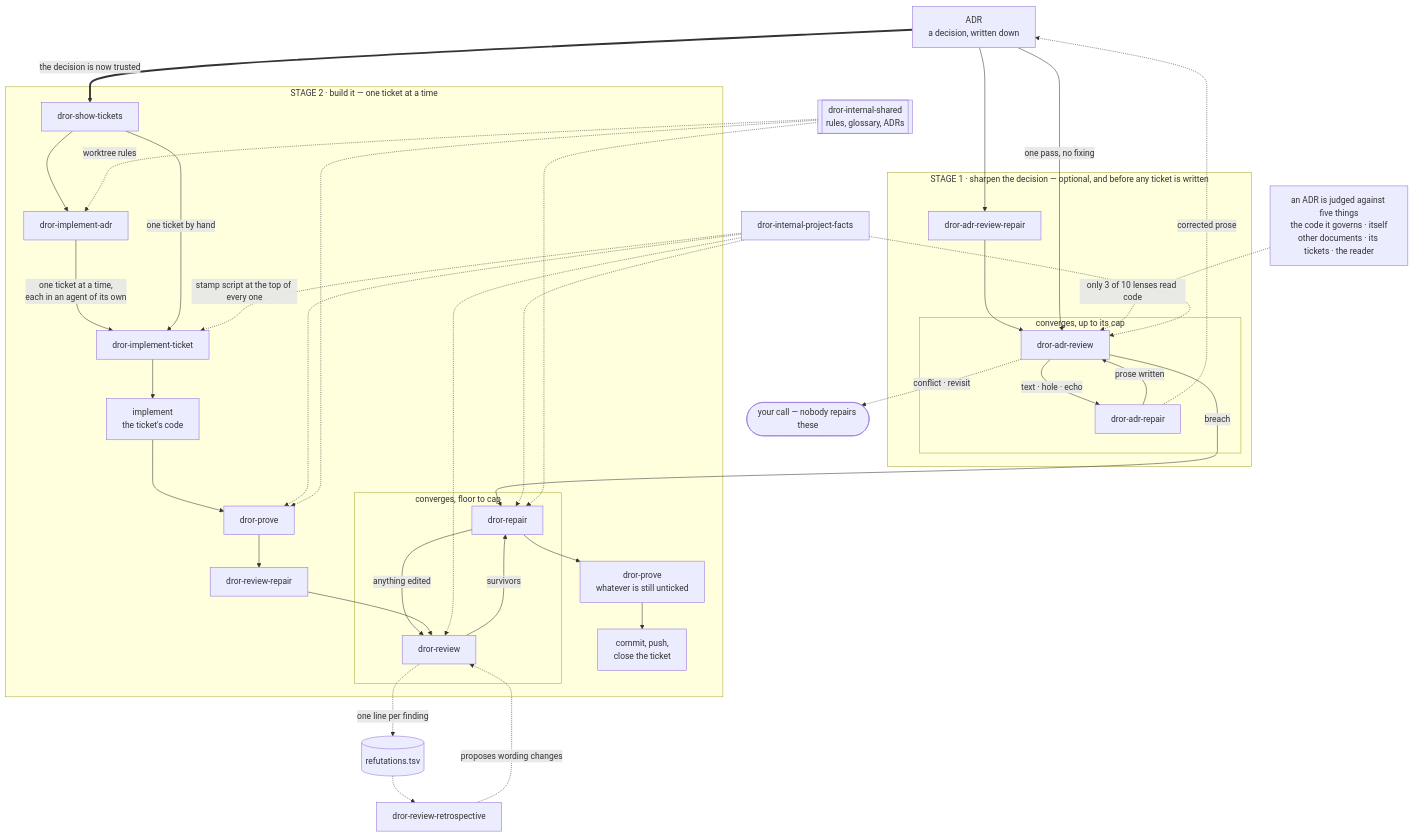
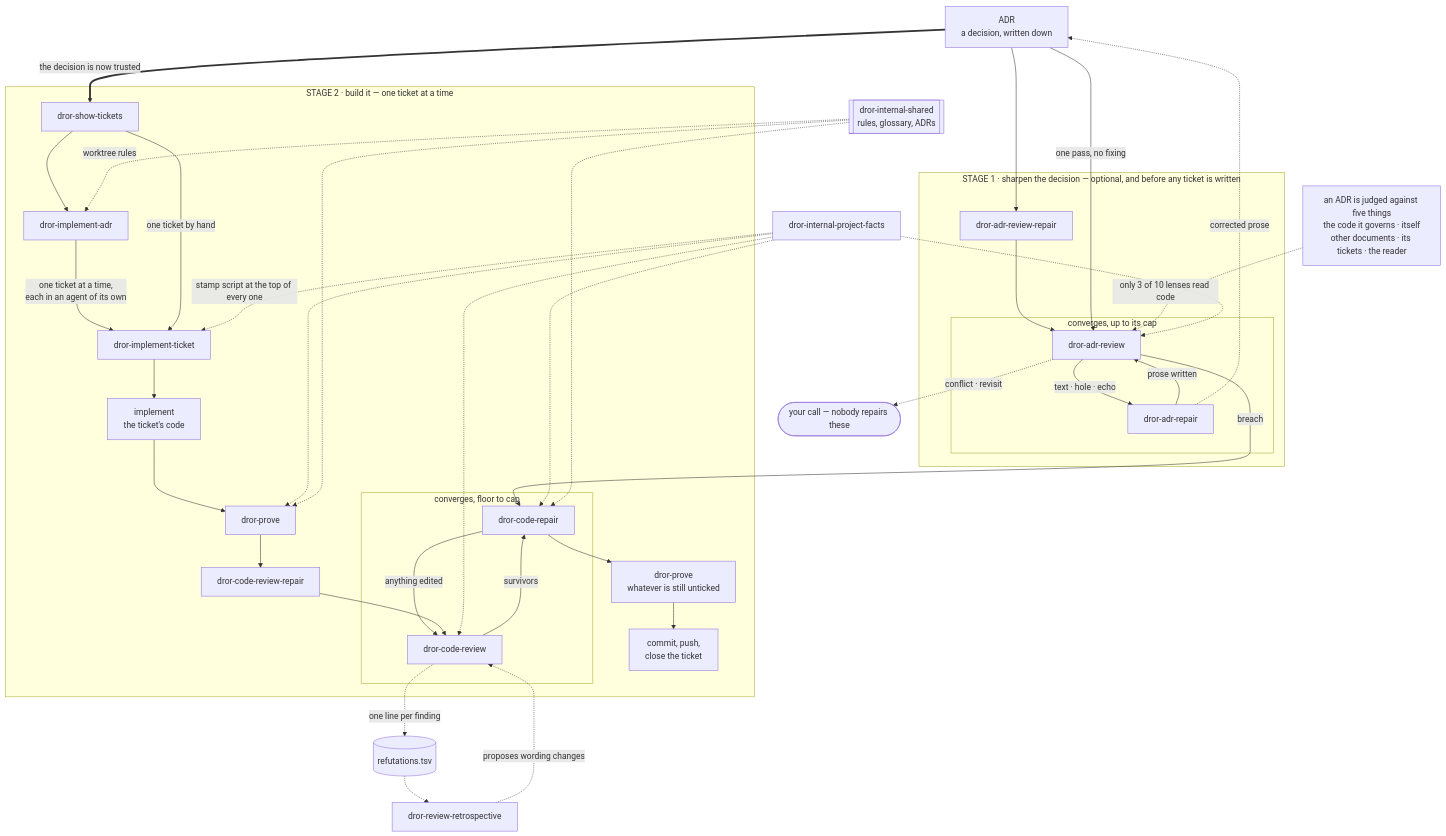
One commit to drormeir/dror-skills changed the diagram in STRUCTURE.md. Above: the diagram before and after it, drawn with Mermaid. The commit also changed other lines of this file and 55 other files, not shown here.

First line of the commit message:
The review and repair skills carry code in their names

````diff
--- a/STRUCTURE.md
+++ b/STRUCTURE.md
@@ -73,62 +73,62 @@
 ```mermaid
 flowchart TD
     ADR["ADR<br/>a decision, written down"]
 
     subgraph sharpen ["STAGE 1 · sharpen the decision — optional, and before any ticket is written"]
         ARR[dror-adr-review-repair]
 
         subgraph adrloop ["converges, up to its cap"]
             AR[dror-adr-review] -->|"text · hole · echo"| ARP[dror-adr-repair]
             ARP -->|prose written| AR
         end
 
         ARR --> AR
     end
 
     ADR --> ARR
     ADR -->|"one pass, no fixing"| AR
     ARP -.->|corrected prose| ADR
 
     AXES["an ADR is judged against five things<br/>the code it governs · itself<br/>other documents · its tickets · the reader"]
     AXES -.->|only 3 of 10 lenses read code| AR
 
     AR -.->|"conflict · revisit"| YOU(["your call — nobody repairs these"])
 
     subgraph build ["STAGE 2 · build it — one ticket at a time"]
         ST[dror-show-tickets] --> IA[dror-implement-adr]
         IA -->|"one ticket at a time,<br/>each in an agent of its own"| IT[dror-implement-ticket]
         ST -->|one ticket by hand| IT
 
         IT --> IMPL["implement<br/>the ticket's code"]
         IMPL --> PV[dror-prove]
-        PV --> RR[dror-review-repair]
+        PV --> RR[dror-code-review-repair]
 
         subgraph loop ["converges, floor to cap"]
-            RV[dror-review] -->|survivors| RP[dror-repair]
+            RV[dror-code-review] -->|survivors| RP[dror-code-repair]
             RP -->|anything edited| RV
         end
 
         RR --> RV
         RP --> PV2["dror-prove<br/>whatever is still unticked"]
         PV2 --> CM["commit, push,<br/>close the ticket"]
     end
 
     ADR ==>|"the decision is now trusted"| ST
     AR -->|breach| RP
 
     RV -.->|one line per finding| LOG[("refutations.tsv")]
     LOG -.-> RETRO[dror-review-retrospective]
     RETRO -.->|proposes wording changes| RV
 
     PF[dror-internal-project-facts]
     PF -.->|stamp script at the top of every one| IT
     PF -.-> PV
     PF -.-> RV
     PF -.-> RP
     PF -.-> AR
 
     SH[["dror-internal-shared<br/>rules, glossary, ADRs"]]
     SH -.-> PV
     SH -.-> RP
     SH -.->|worktree rules| IA
 ```
````
